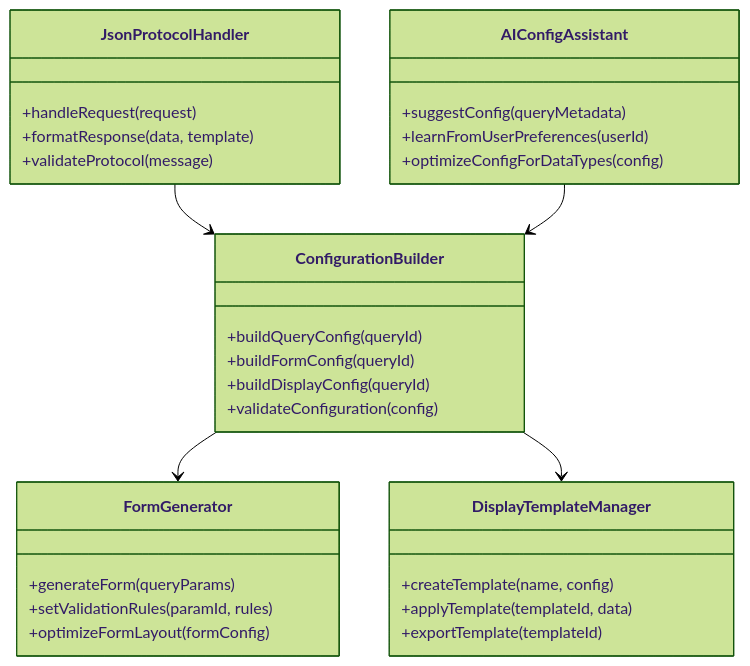
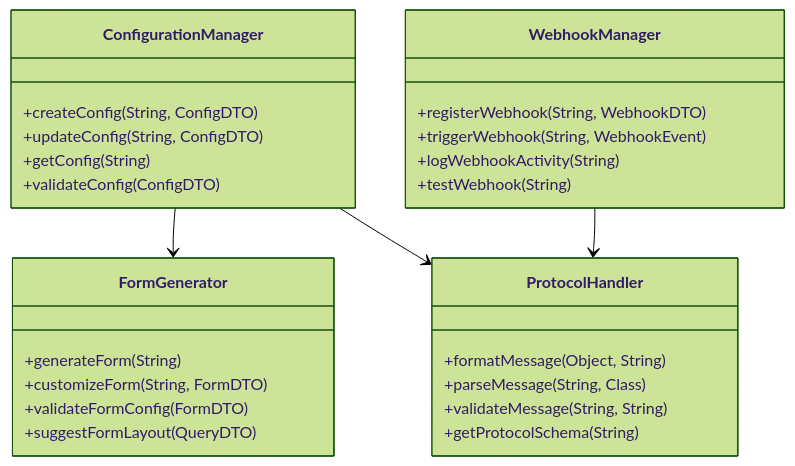
One commit to im47cn/data-scope changed the fifth of 8 diagrams in docs/architecture.md. Above: the diagram before and after it, drawn with Mermaid (forest theme). The commit also changed other lines of this file and 26 other files, not shown here.

````diff
--- a/docs/architecture.md
+++ b/docs/architecture.md
@@ -197,38 +199,34 @@
 ```mermaid
 classDiagram
-    class ConfigurationBuilder {
-        +buildQueryConfig(queryId)
-        +buildFormConfig(queryId)
-        +buildDisplayConfig(queryId)
-        +validateConfiguration(config)
-    }
-    
-    class JsonProtocolHandler {
-        +handleRequest(request)
-        +formatResponse(data, template)
-        +validateProtocol(message)
+    class ConfigurationManager {
+        +createConfig(String, ConfigDTO)
+        +updateConfig(String, ConfigDTO)
+        +getConfig(String)
+        +validateConfig(ConfigDTO)
     }
     
     class FormGenerator {
-        +generateForm(queryParams)
-        +setValidationRules(paramId, rules)
-        +optimizeFormLayout(formConfig)
+        +generateForm(String)
+        +customizeForm(String, FormDTO)
+        +validateFormConfig(FormDTO)
+        +suggestFormLayout(QueryDTO)
     }
     
-    class DisplayTemplateManager {
-        +createTemplate(name, config)
-        +applyTemplate(templateId, data)
-        +exportTemplate(templateId)
+    class WebhookManager {
+        +registerWebhook(String, WebhookDTO)
+        +triggerWebhook(String, WebhookEvent)
+        +logWebhookActivity(String)
+        +testWebhook(String)
     }
     
-    class AIConfigAssistant {
-        +suggestConfig(queryMetadata)
-        +learnFromUserPreferences(userId)
-        +optimizeConfigForDataTypes(config)
+    class ProtocolHandler {
+        +formatMessage(Object, String)
+        +parseMessage(String, Class)
+        +validateMessage(String, String)
+        +getProtocolSchema(String)
     }
 
-    ConfigurationBuilder --> FormGenerator
-    ConfigurationBuilder --> DisplayTemplateManager
-    JsonProtocolHandler --> ConfigurationBuilder
-    AIConfigAssistant --> ConfigurationBuilder
+    ConfigurationManager --> FormGenerator
+    WebhookManager --> ProtocolHandler
+    ConfigurationManager --> ProtocolHandler
 ```
````
